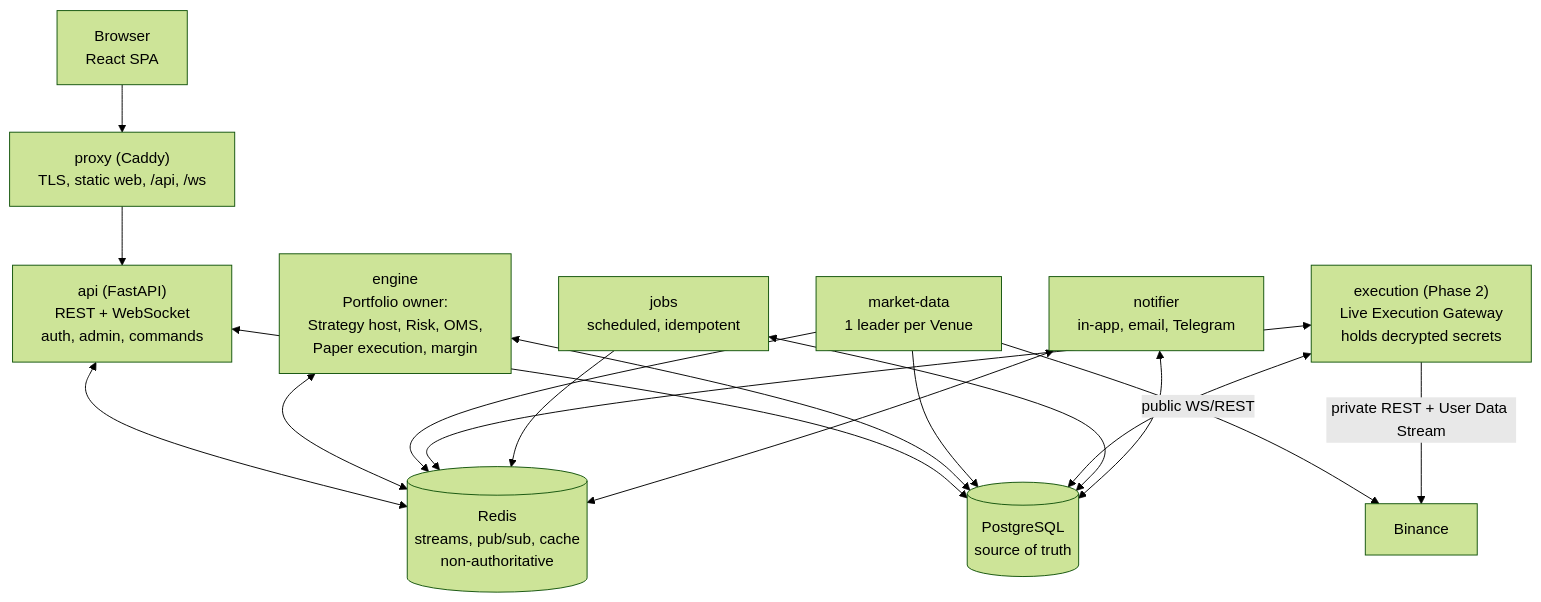
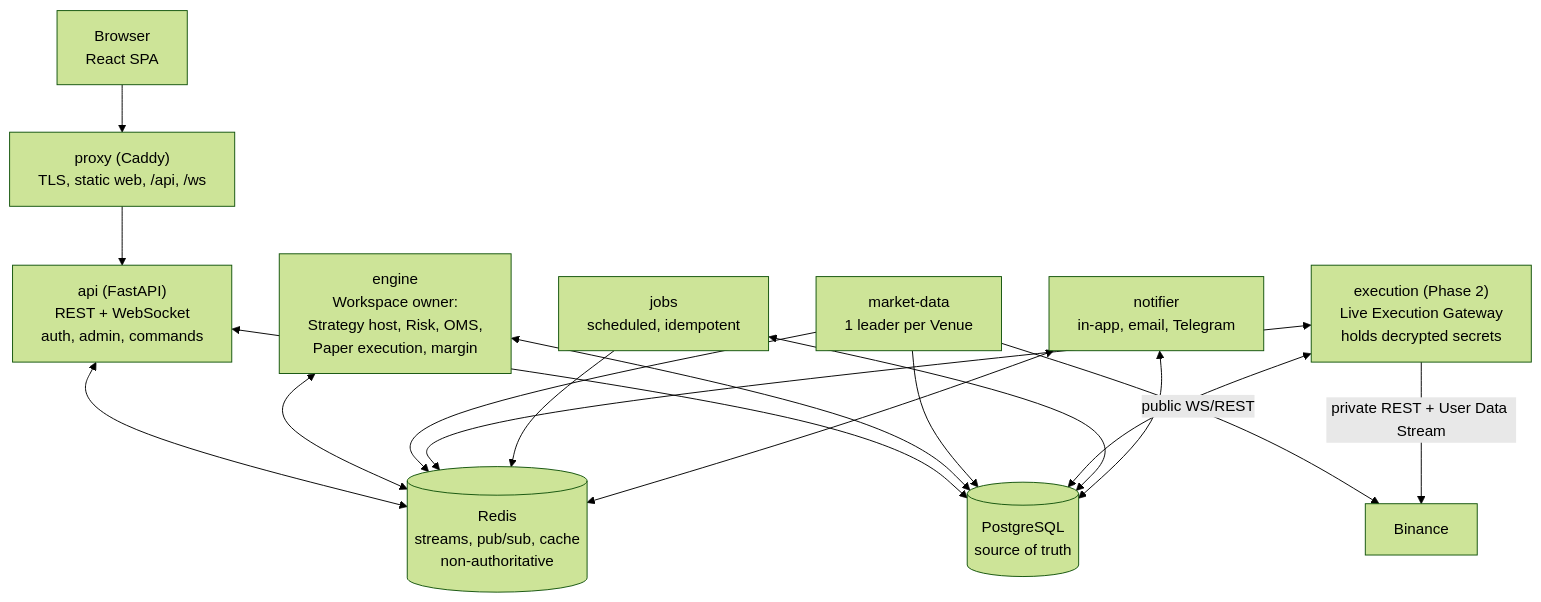
One commit to yukasung/tiewtrade changed the second of 7 diagrams in docs/architecture/architecture.md. Above: the diagram before and after it, drawn with Mermaid (forest theme). The commit also changed other lines of this file and 11 other files, not shown here.

````diff
--- a/docs/architecture/architecture.md
+++ b/docs/architecture/architecture.md
@@ -66,30 +66,30 @@
 ```mermaid
 flowchart TB
     browser["Browser<br/>React SPA"]
     proxy["proxy (Caddy)<br/>TLS, static web, /api, /ws"]
     api["api (FastAPI)<br/>REST + WebSocket<br/>auth, admin, commands"]
-    engine["engine<br/>Portfolio owner:<br/>Strategy host, Risk, OMS,<br/>Paper execution, margin"]
+    engine["engine<br/>Workspace owner:<br/>Strategy host, Risk, OMS,<br/>Paper execution, margin"]
     md["market-data<br/>1 leader per Venue"]
     exec["execution (Phase 2)<br/>Live Execution Gateway<br/>holds decrypted secrets"]
     jobs["jobs<br/>scheduled, idempotent"]
     notifier["notifier<br/>in-app, email, Telegram"]
     pg[("PostgreSQL<br/>source of truth")]
     redis[("Redis<br/>streams, pub/sub, cache<br/>non-authoritative")]
     binance["Binance"]
 
     browser --> proxy --> api
     api <--> redis
     api <--> pg
     engine <--> redis
     engine <--> pg
     md --> redis
     md --> pg
     md -- "public WS/REST" --> binance
     exec <--> redis
     exec <--> pg
     exec -- "private REST + User Data Stream" --> binance
     jobs --> redis
     jobs <--> pg
     notifier <--> redis
     notifier <--> pg
 ```
````
